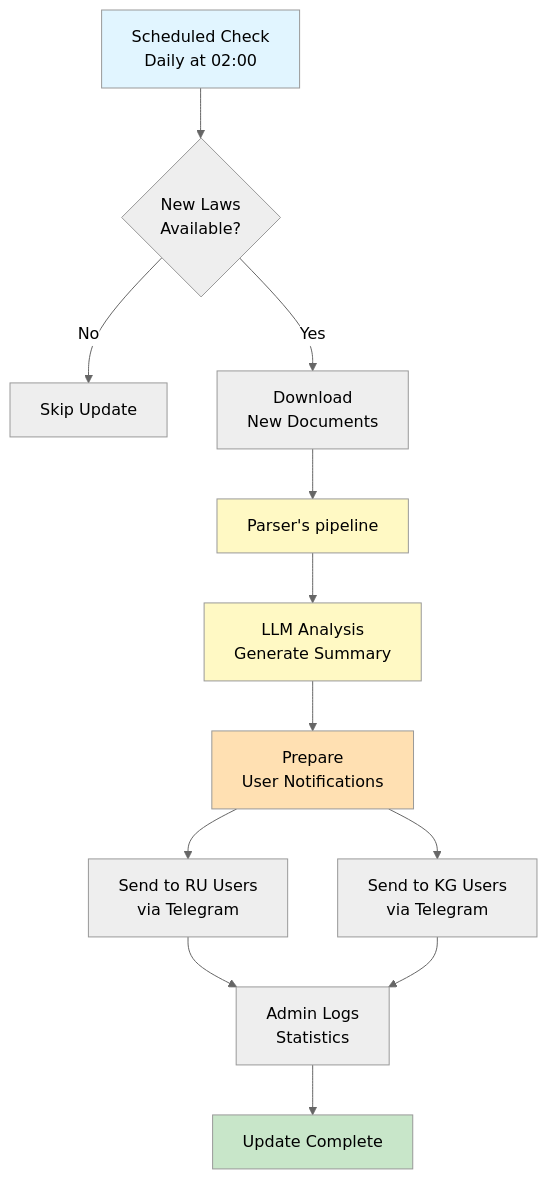
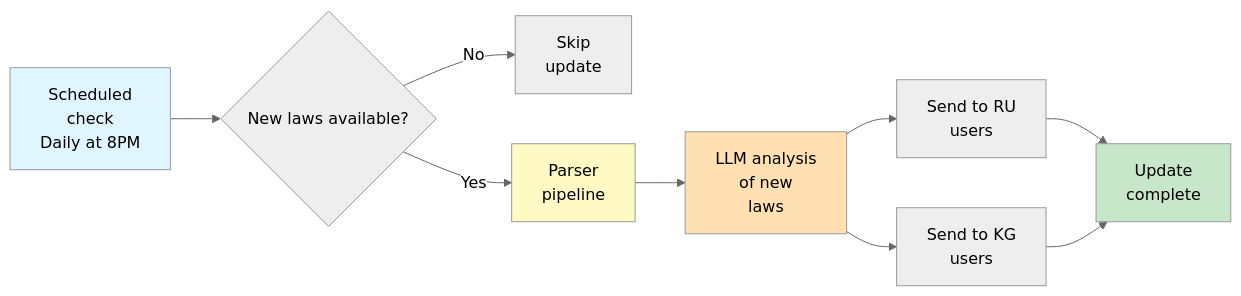
Before and after one commit to Hanbiike/law-rag-system: the fourth of 5 diagrams in README.md, drawn with Mermaid (neutral theme). The commit also changed other lines of this file and 9 other files, not shown here.

````diff
--- a/README.md
+++ b/README.md
@@ -490,27 +458,21 @@
 ```mermaid
-flowchart TD
-    A[Scheduled Check<br/>Daily at 02:00] --> B{New Laws<br/>Available?}
+flowchart LR
+    A["Scheduled<br/>check<br/>Daily at 8PM"] --> B{"New laws available?"}
     
-    B -->|No| C[Skip Update]
-    B -->|Yes| D[Download<br/>New Documents]
+    B -->|No| C["Skip<br/>update"]
+    B -->|Yes| E["Parser<br/>pipeline"]
     
-    D --> E[Parser's pipeline]
     
-    E --> K[LLM Analysis<br/>Generate Summary]
+    E --> L["LLM analysis<br/>of new<br/>laws"]
     
-    K --> L[Prepare<br/>User Notifications]
+    L --> M1["Send to RU<br/>users"]
+    L --> M2["Send to KG<br/>users"]
     
-    L --> M1[Send to RU Users<br/>via Telegram]
-    L --> M2[Send to KG Users<br/>via Telegram]
-    
-    M1 --> N[Admin Logs<br/>Statistics]
-    M2 --> N
-    
-    N --> O[Update Complete]
+    M1 --> O
+    M2 --> O["Update<br/>complete"]
     
     style A fill:#e1f5ff
     style O fill:#c8e6c9
     style E fill:#fff9c4
-    style K fill:#fff9c4
     style L fill:#ffe0b2
 ```
````
